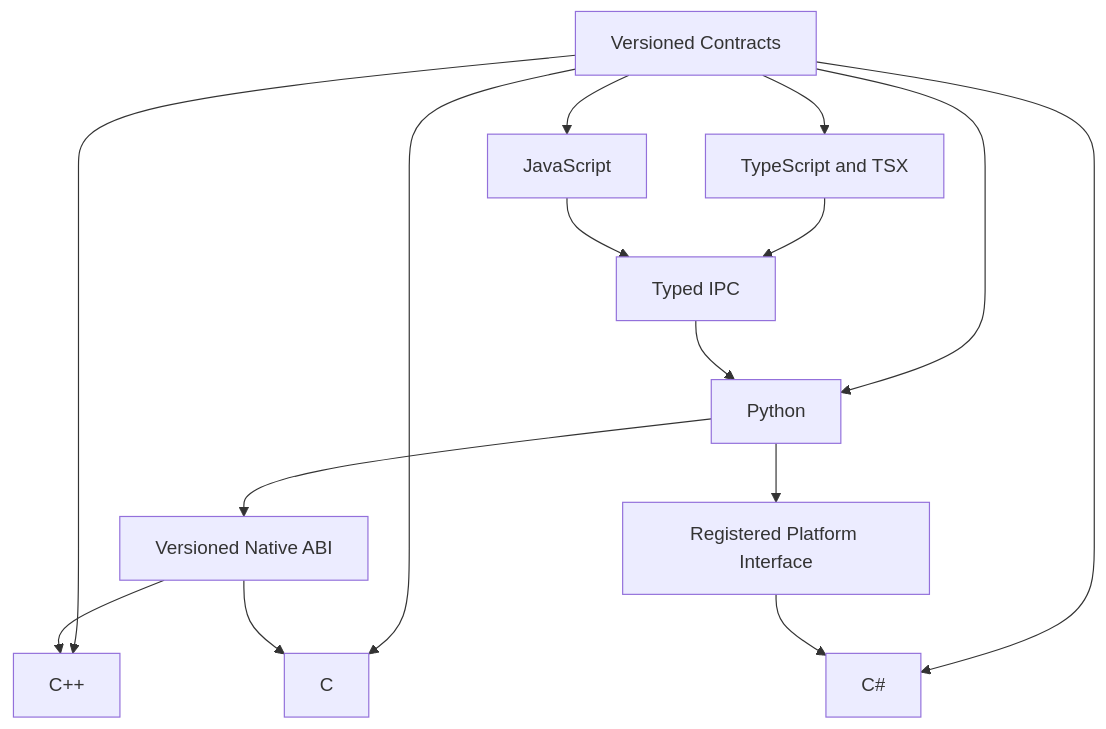
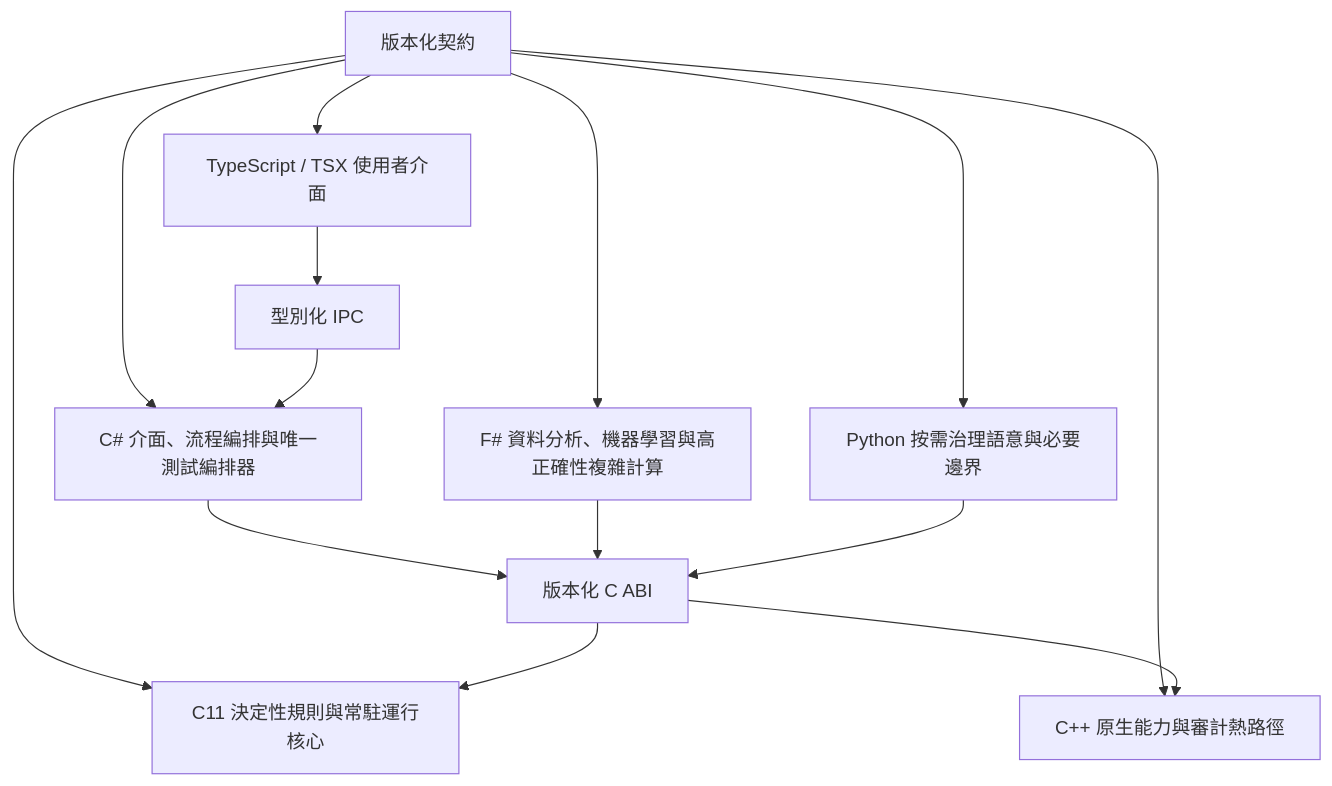
One commit to guilty442-source/GPTBridge changed the diagram in governance_rule/codex/architecture-languages.md. Above: the diagram before and after it, drawn with Mermaid. The commit also changed other lines of this file and 73 other files, not shown here.

````diff
--- a/governance_rule/codex/architecture-languages.md
+++ b/governance_rule/codex/architecture-languages.md
@@ -3,18 +3,17 @@
 ```mermaid
 flowchart TB
-  CONTRACT[Versioned Contracts]
-  CONTRACT --> PY[Python]
-  CONTRACT --> TS[TypeScript and TSX]
-  CONTRACT --> JS[JavaScript]
-  CONTRACT --> CPP[C++]
-  CONTRACT --> C[C]
-  CONTRACT --> CS[C#]
-  TS --> IPC[Typed IPC]
-  JS --> IPC
-  IPC --> PY
-  PY --> ABI[Versioned Native ABI]
+  CONTRACT[版本化契約]
+  CONTRACT --> C[C11 決定性規則與常駐運行核心]
+  CONTRACT --> CPP[C++ 原生能力與審計熱路徑]
+  CONTRACT --> CS[C# 介面、流程編排與唯一測試編排器]
+  CONTRACT --> FS[F# 資料分析、機器學習與高正確性複雜計算]
+  CONTRACT --> PY[Python 按需治理語意與必要邊界]
+  CONTRACT --> UI[TypeScript / TSX 使用者介面]
+  UI --> IPC[型別化 IPC]
+  IPC --> CS
+  CS --> ABI[版本化 C ABI]
+  ABI --> C
   ABI --> CPP
-  ABI --> C
-  PY --> PLATFORM[Registered Platform Interface]
-  PLATFORM --> CS
+  FS --> ABI
+  PY --> ABI
 ```
````
